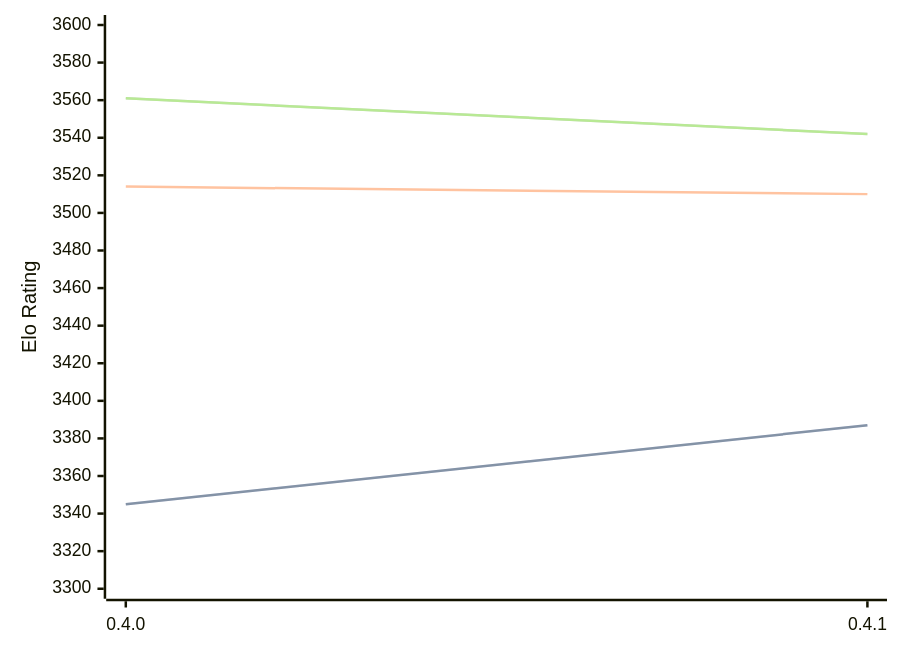
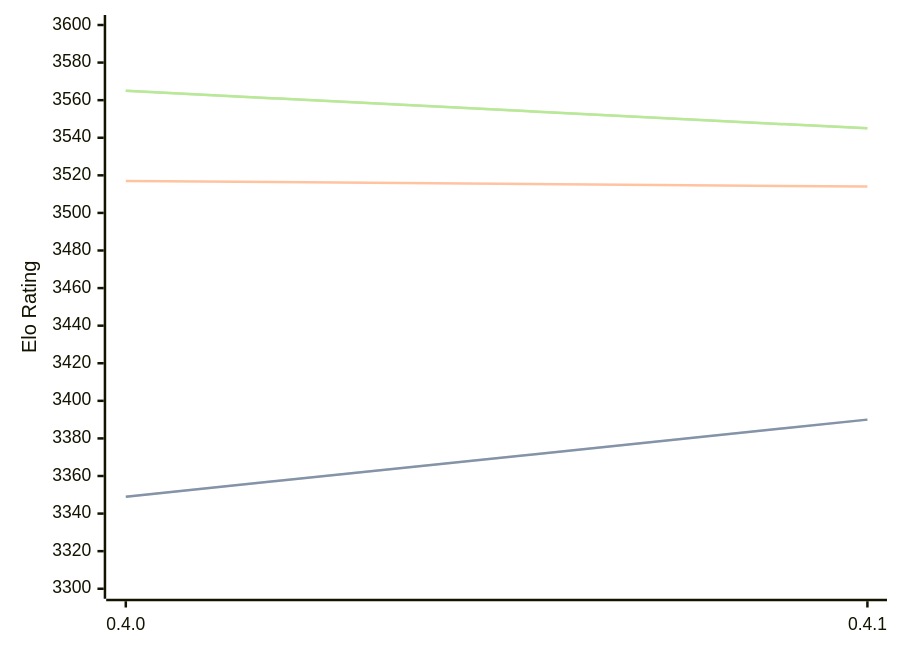
The diagram in engines/Cinder.md (computer-chess-index/cci), drawn with Mermaid before and after one commit. The commit also changed other lines of this file, not shown here.

Commit message:
Update CCI Ratings (ELO VLTC) - 2026-04-30

````diff
--- a/engines/Cinder.md
+++ b/engines/Cinder.md
@@ -40,11 +40,11 @@
 ```mermaid
 %%{init: {"theme":"base","themeVariables":{"seriesColors:['#a3a3a3','#222221','#faa371']}}}%%
 xychart-beta
   x-axis ["0.4.0", "0.4.1"]
   y-axis "Elo Rating" 3300 --> 3600
-  line "STC (8.0+0.08s)" [3345, 3387]
-  line "STC (8.0+0.08s)" [3345, 3387]
-  line "LTC (60.0+0.60s)" [3514, 3510]
-  line "VLTC (2m24s+1.12s)" [3561, 3542]
-  line "VLTC (2m24s+1.12s)" [3561, 3542]
+  line "STC (8.0+0.08s)" [3349, 3390]
+  line "STC (8.0+0.08s)" [3349, 3390]
+  line "LTC (60.0+0.60s)" [3517, 3514]
+  line "VLTC (2m24s+1.12s)" [3565, 3545]
+  line "VLTC (2m24s+1.12s)" [3565, 3545]
 ```
````
